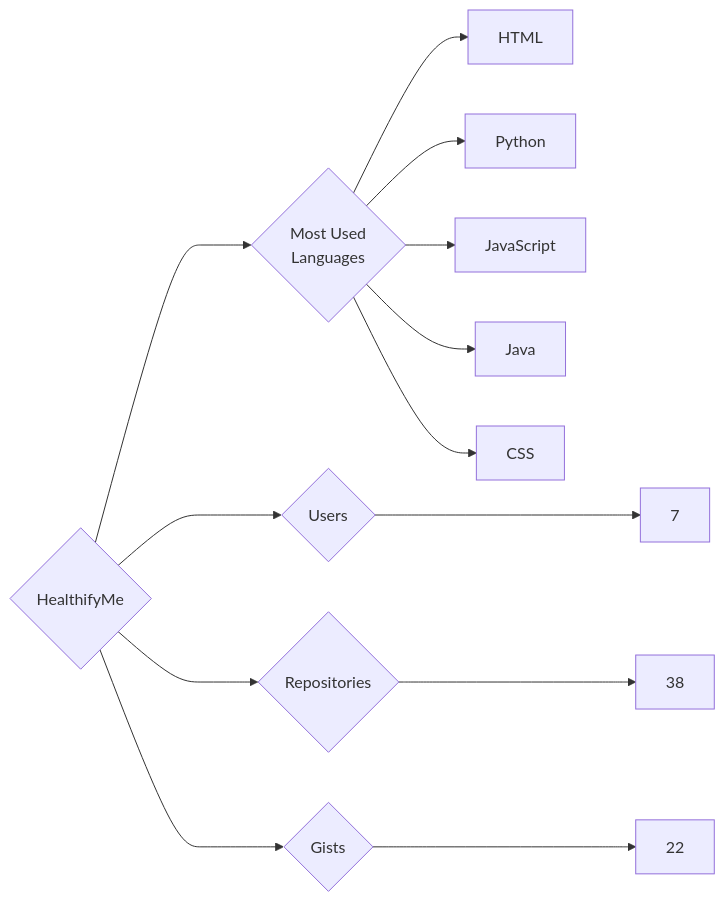
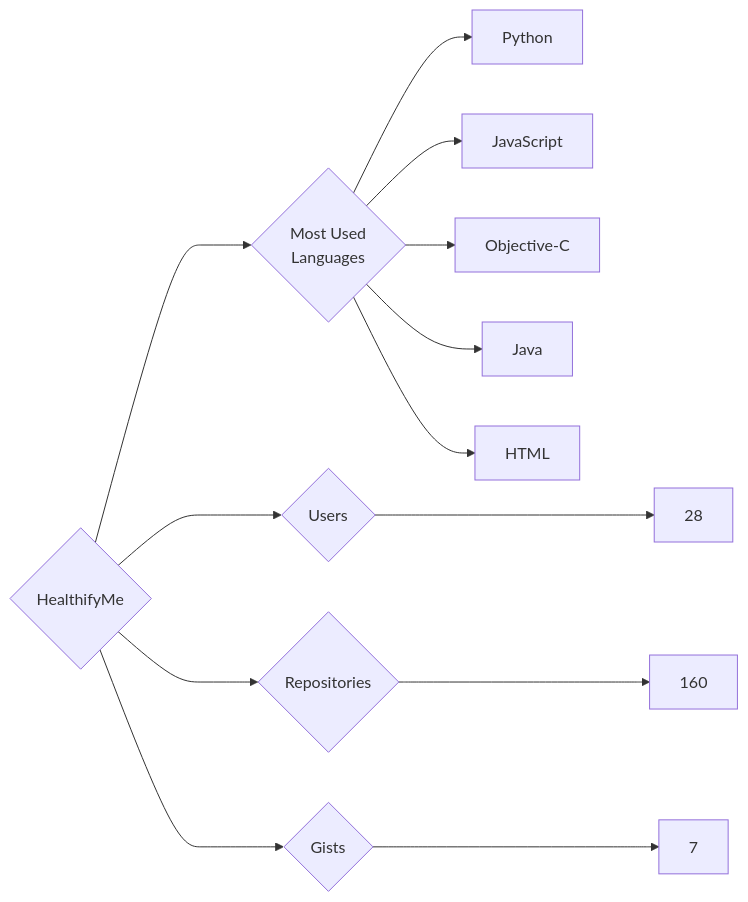
One commit to trickest/insiders changed the diagram in targets/HealthifyMe/README.md. Above: the diagram before and after it, drawn with Mermaid. The commit also changed 951 other files, not shown here.

````diff
--- a/targets/HealthifyMe/README.md
+++ b/targets/HealthifyMe/README.md
@@ -3,13 +3,13 @@
 ```mermaid
 graph LR
 COMPANY_NAME{HealthifyMe}
-COMPANY_NAME ---> U{Users} ---> UN[7]
-COMPANY_NAME ---> R{Repositories} ---> RN[38]
-COMPANY_NAME ---> G{Gists} ---> GN[22]
+COMPANY_NAME ---> U{Users} ---> UN[28]
+COMPANY_NAME ---> R{Repositories} ---> RN[160]
+COMPANY_NAME ---> G{Gists} ---> GN[7]
 COMPANY_NAME ---> ML{Most Used<br>Languages}
-ML --> HTML[HTML]
 ML --> Python[Python]
 ML --> JavaScript[JavaScript]
+ML --> Objective-C[Objective-C]
 ML --> Java[Java]
-ML --> CSS[CSS]
+ML --> HTML[HTML]
 ```
````
